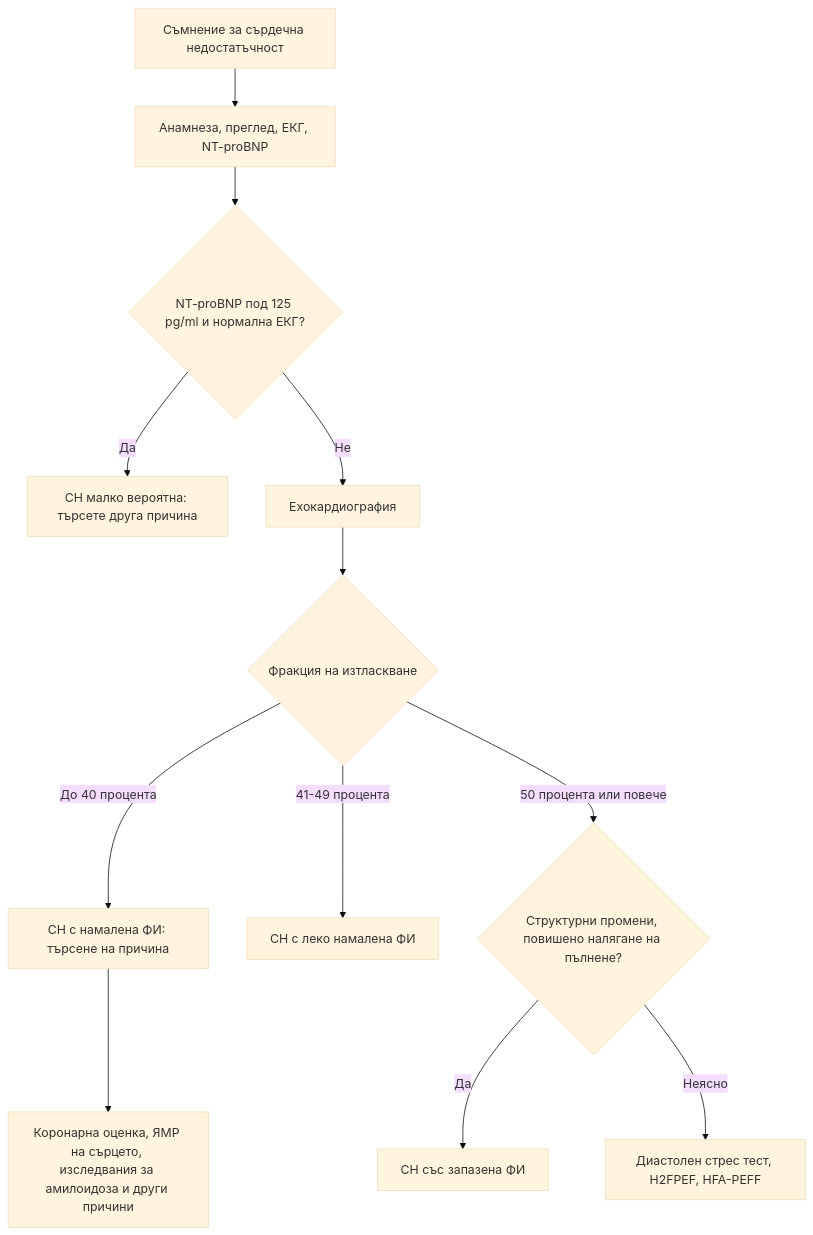
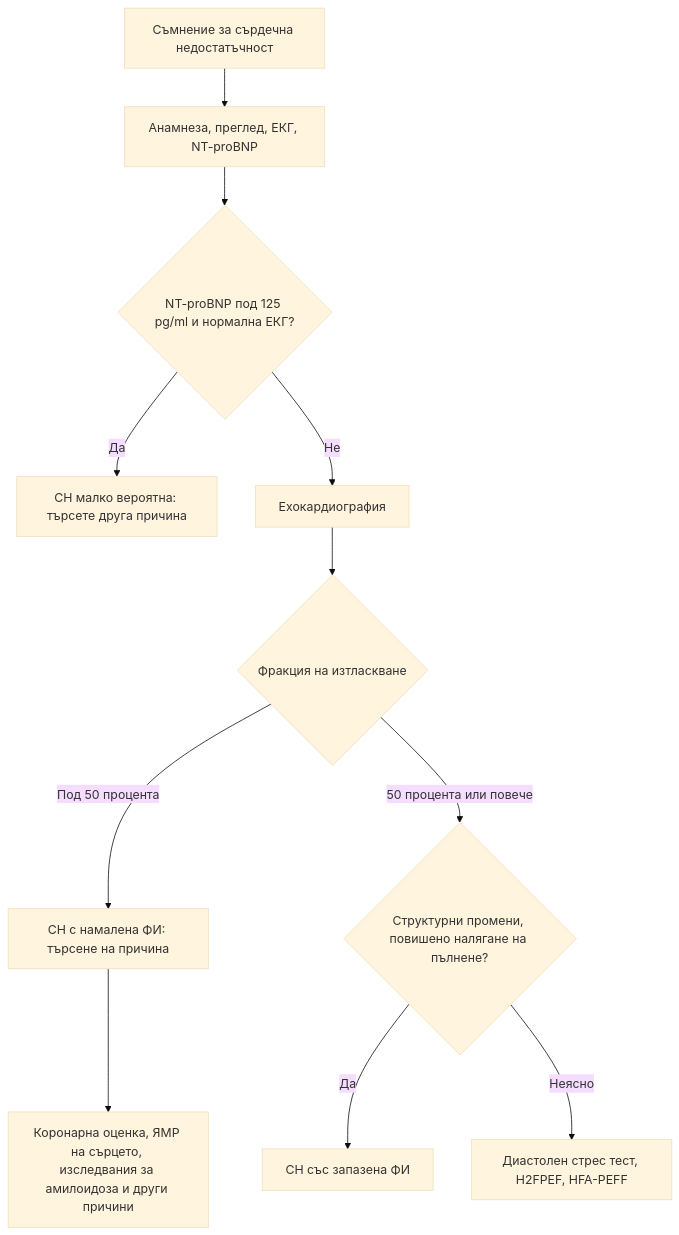
The diagram in glavi/13-shumove-sartsena-nedostatachnost.md (yancho26/yancho), drawn with Mermaid (base theme) before and after one commit. The commit also changed other lines of this file and 2 other files, not shown here.

````diff
--- a/glavi/13-shumove-sartsena-nedostatachnost.md
+++ b/glavi/13-shumove-sartsena-nedostatachnost.md
@@ -206,14 +233,13 @@
 ```mermaid
 flowchart TD
     A["Съмнение за сърдечна недостатъчност"] --> B["Анамнеза, преглед, ЕКГ, NT-proBNP"]
     B --> C{"NT-proBNP под 125 pg/ml и нормална ЕКГ?"}
     C -->|Да| D["СН малко вероятна: търсете друга причина"]
     C -->|Не| E["Ехокардиография"]
     E --> F{"Фракция на изтласкване"}
-    F -->|До 40 процента| G["СН с намалена ФИ: търсене на причина"]
-    F -->|41-49 процента| H["СН с леко намалена ФИ"]
+    F -->|Под 50 процента| G["СН с намалена ФИ: търсене на причина"]
     F -->|50 процента или повече| I{"Структурни промени, повишено налягане на пълнене?"}
     I -->|Да| J["СН със запазена ФИ"]
     I -->|Неясно| K["Диастолен стрес тест, H2FPEF, HFA-PEFF"]
     G --> L["Коронарна оценка, ЯМР на сърцето, изследвания за амилоидоза и други причини"]
 ```
````
